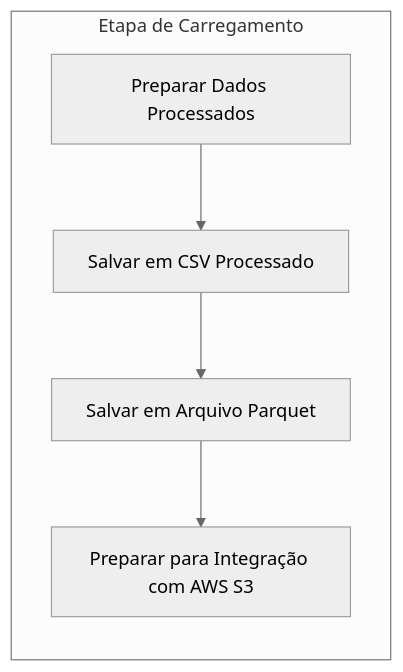
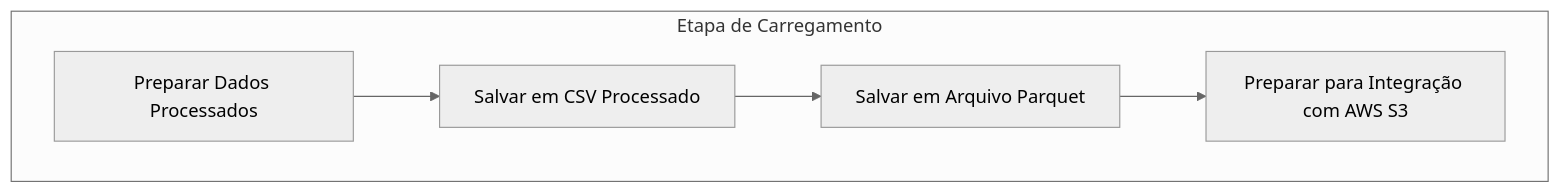
One commit to lvgalvao/laennderAula04 changed the fourth of 4 diagrams in README.md. Above: the diagram before and after it, drawn with Mermaid (neutral theme). The commit also changed other lines of this file, not shown here.

Commit message:
docs: melhoria docs

````diff
--- a/README.md
+++ b/README.md
@@ -45,8 +51,9 @@
 ```mermaid
 flowchart LR
-subgraph Carregar[Etapa de Carregamento]
-    C1[Preparar Dados Processados] --> C2[Salvar em CSV Processado]
-    C2 --> C3[Salvar em Arquivo Parquet]
-    C3 --> C4[Preparar para Integração com AWS S3]
-end
+    subgraph Carregar[Etapa de Carregamento]
+        direction LR
+        C1[Preparar Dados Processados] --> C2[Salvar em CSV Processado]
+        C2 --> C3[Salvar em Arquivo Parquet]
+        C3 --> C4[Preparar para Integração com AWS S3]
+    end
 ```
````
